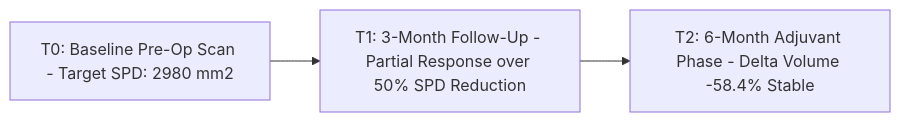
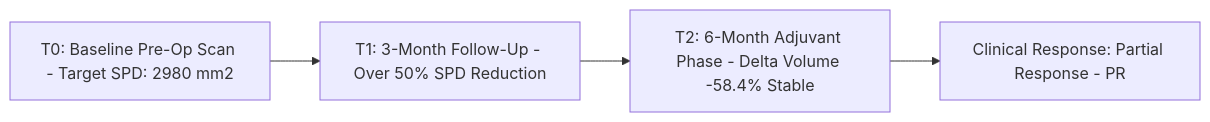
Before and after one commit to kailash6207/Brain_Tumor: the sixth of 6 diagrams in README.md, drawn with Mermaid. The commit also changed other lines of this file, not shown here.

Commit message:
docs: overhaul and tune README with visual showcase, 6 Mermaid diagrams, 8-suite breakdown, and mathematical formulations

````diff
--- a/README.md
+++ b/README.md
@@ -155,5 +269,6 @@
 ```mermaid
 flowchart LR
-    T0[T0: Baseline Pre-Op Scan - Target SPD: 2980 mm2] --> T1[T1: 3-Month Follow-Up - Partial Response over 50% SPD Reduction]
+    T0[T0: Baseline Pre-Op Scan - Target SPD: 2980 mm2] --> T1[T1: 3-Month Follow-Up - Over 50% SPD Reduction]
     T1 --> T2[T2: 6-Month Adjuvant Phase - Delta Volume -58.4% Stable]
+    T2 --> RANO_VERDICT[Clinical Response: Partial Response - PR]
 ```
````
